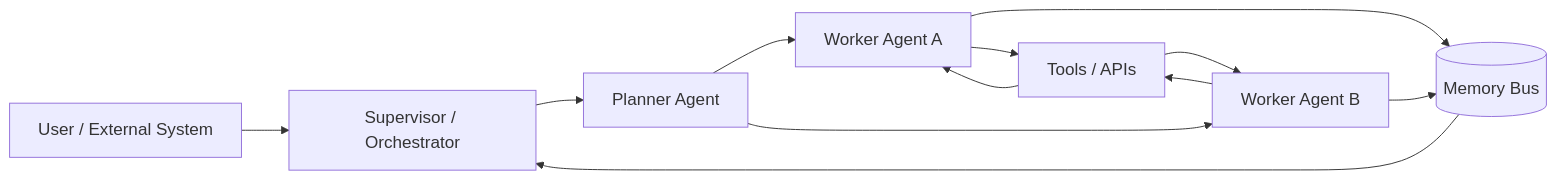
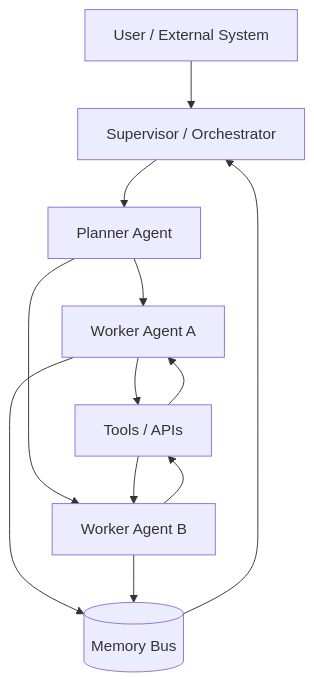
Before and after one commit to woliveiras/woliveiras.github.io: the first of 7 diagrams in src/content/blog/building-multi-agent-systems-architectures-coordination-protocols-orchestration.mdx, drawn with Mermaid. The commit also changed other lines of this file, not shown here.

Commit message:
chore: update post

````diff
--- a/src/content/blog/building-multi-agent-systems-architectures-coordination-protocols-orchestration.mdx
+++ b/src/content/blog/building-multi-agent-systems-architectures-coordination-protocols-orchestration.mdx
@@ -76,23 +76,15 @@
 ```mermaid
-%%{init: {"themeVariables": { "fontSize": "18px" }}}%%
-graph LR
+graph TD
   User[User / External System]
-  Orchestrator[Supervisor / Orchestrator]
-  Planner[Planner Agent]
-  Worker1[Worker Agent A]
-  Worker2[Worker Agent B]
-  Memory[(Memory Bus)]
-  Tools[Tools / APIs]
-
-  User --> Orchestrator
-  Orchestrator --> Planner
-  Planner --> Worker1
-  Planner --> Worker2
-  Worker1 --> Memory
+  User --> Orchestrator[Supervisor / Orchestrator]
+  Orchestrator --> Planner[Planner Agent]
+  Planner --> Worker1[Worker Agent A]
+  Planner --> Worker2[Worker Agent B]
+  Worker1 --> Tools[Tools / APIs]
+  Worker2 --> Tools
+  Worker1 --> Memory[(Memory Bus)]
   Worker2 --> Memory
-  Worker1 --> Tools
-  Worker2 --> Tools
   Memory --> Orchestrator
   Tools --> Worker1
   Tools --> Worker2
 ```
````
